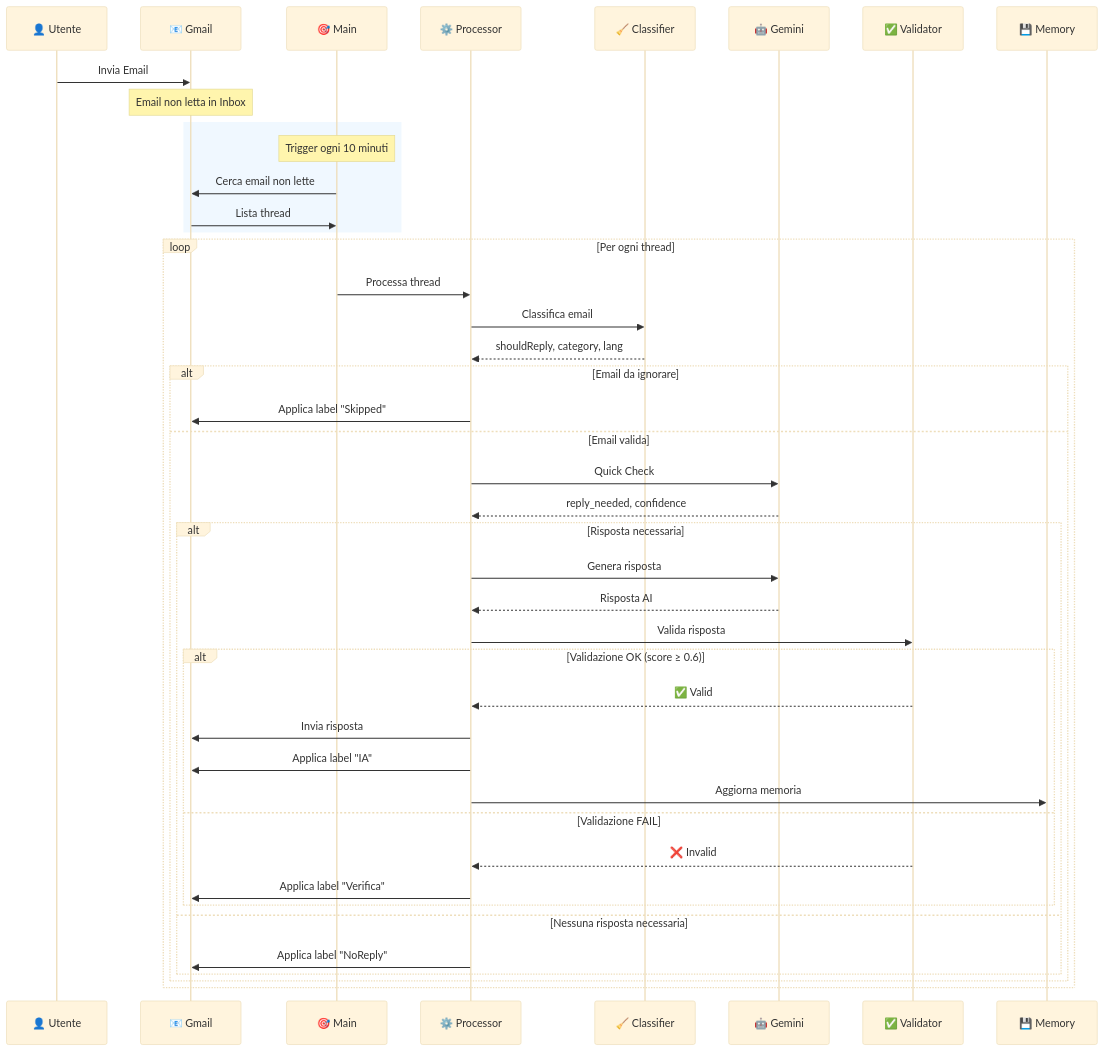
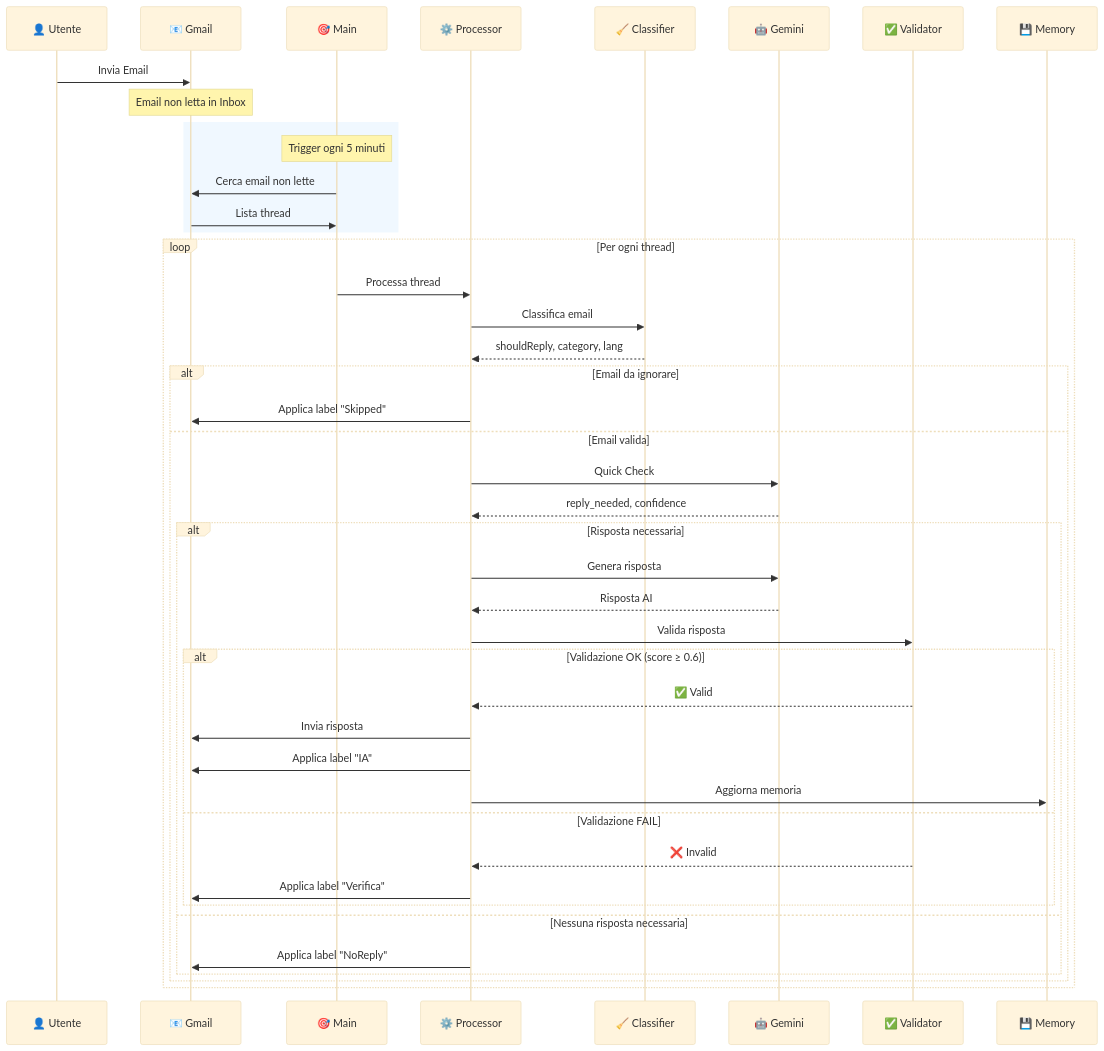
The second of 9 diagrams in docs/ARCHITECTURE_DIAGRAMS_IT.md (rasanfil-source/segreteria), drawn with Mermaid (base theme) before and after one commit. The commit also changed 25 other files, not shown here.

````diff
--- a/docs/ARCHITECTURE_DIAGRAMS_IT.md
+++ b/docs/ARCHITECTURE_DIAGRAMS_IT.md
@@ -53,53 +53,53 @@
 ```mermaid
 sequenceDiagram
     participant U as 👤 Utente
     participant G as 📧 Gmail
     participant M as 🎯 Main
     participant P as ⚙️ Processor
     participant C as 🧹 Classifier
     participant AI as 🤖 Gemini
     participant V as ✅ Validator
     participant S as 💾 Memory
     
     U->>G: Invia Email
     Note over G: Email non letta in Inbox
     
     rect rgb(240, 248, 255)
-        Note over M: Trigger ogni 10 minuti
+        Note over M: Trigger ogni 5 minuti
         M->>G: Cerca email non lette
         G->>M: Lista thread
     end
     
     loop Per ogni thread
         M->>P: Processa thread
         
         P->>C: Classifica email
         C-->>P: shouldReply, category, lang
         
         alt Email da ignorare
             P->>G: Applica label "Skipped"
         else Email valida
             P->>AI: Quick Check
             AI-->>P: reply_needed, confidence
             
             alt Risposta necessaria
                 P->>AI: Genera risposta
                 AI-->>P: Risposta AI
                 
                 P->>V: Valida risposta
                 
                 alt Validazione OK (score ≥ 0.6)
                     V-->>P: ✅ Valid
                     P->>G: Invia risposta
                     P->>G: Applica label "IA"
                     P->>S: Aggiorna memoria
                 else Validazione FAIL
                     V-->>P: ❌ Invalid
                     P->>G: Applica label "Verifica"
                 end
             else Nessuna risposta necessaria
                 P->>G: Applica label "NoReply"
             end
         end
     end
 ```
````
